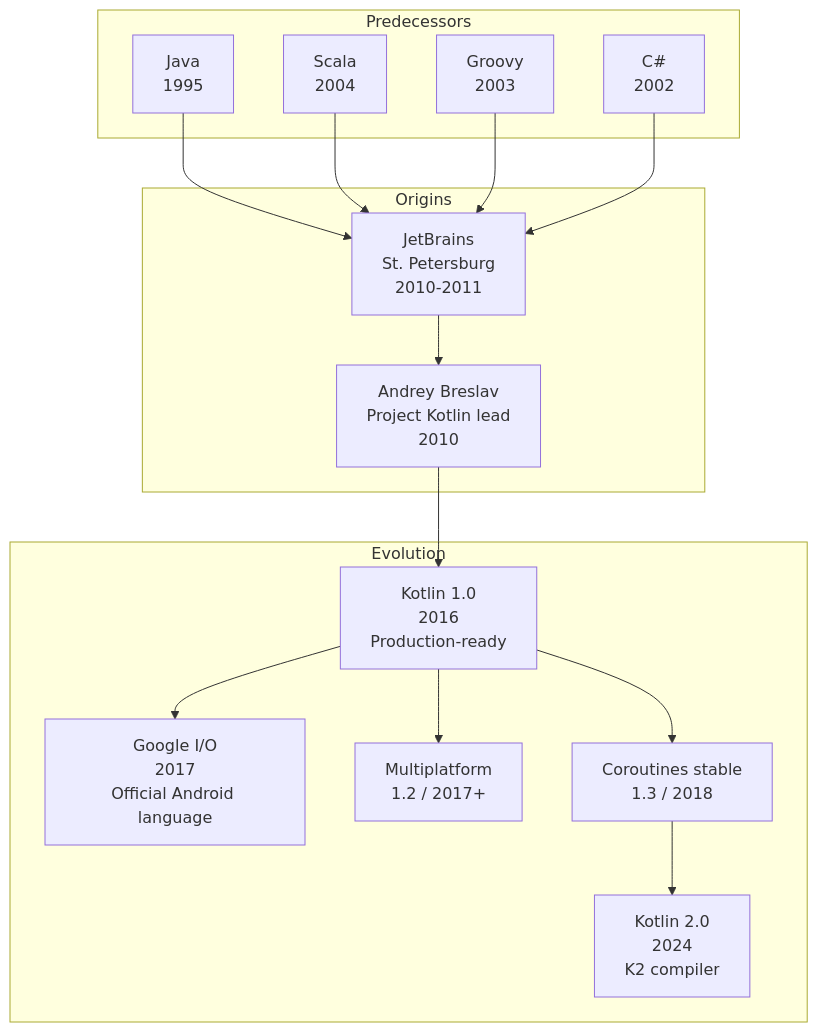
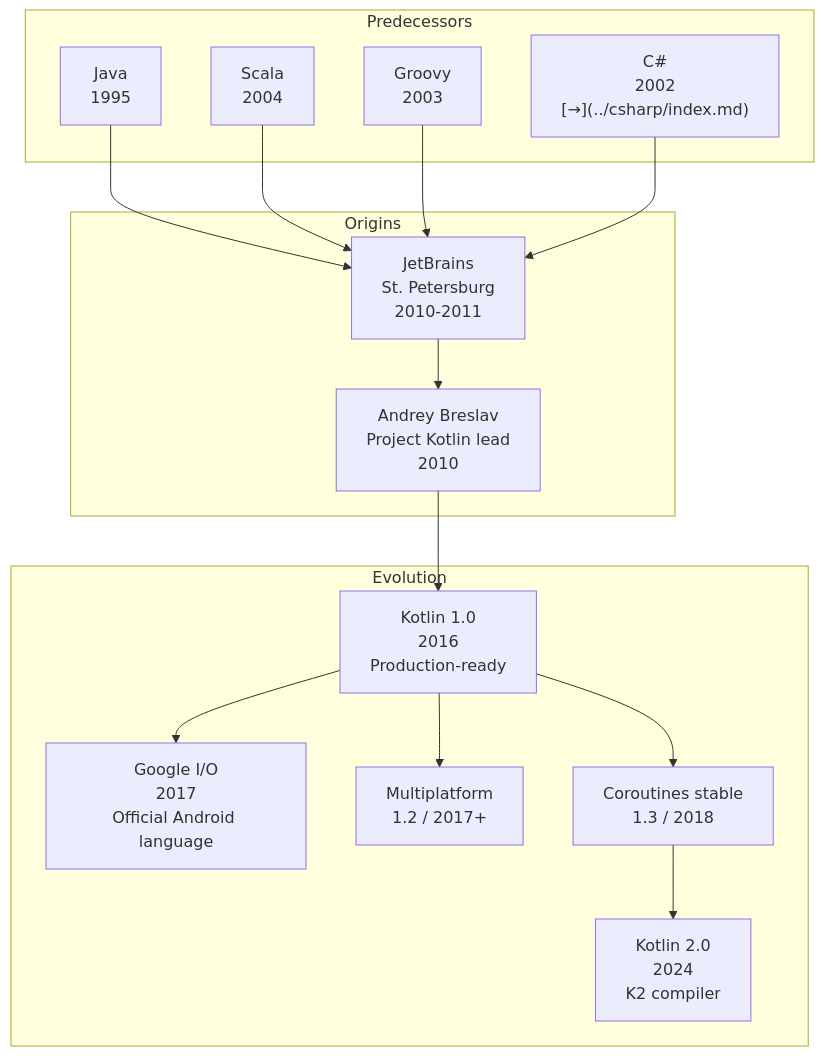
One commit to akardapolov/software-atlas changed the first of 2 diagrams in docs/languages/kotlin/index.md. Above: the diagram before and after it, drawn with Mermaid. The commit also changed other lines of this file and 19 other files, not shown here.

````diff
--- a/docs/languages/kotlin/index.md
+++ b/docs/languages/kotlin/index.md
@@ -68,33 +68,33 @@
 ```mermaid
 flowchart TD
     subgraph Predecessors
         Java["Java<br/>1995"]
         Scala["Scala<br/>2004"]
         Groovy["Groovy<br/>2003"]
-        CSharp["C#<br/>2002"]
+        CSharp["C#<br/>2002<br/>[→](../csharp/index.md)"]
     end
 
     subgraph Origins
         JetBrains["JetBrains<br/>St. Petersburg<br/>2010-2011"]
         Breslav["Andrey Breslav<br/>Project Kotlin lead<br/>2010"]
     end
 
     subgraph Evolution
         K10["Kotlin 1.0<br/>2016<br/>Production-ready"]
         Android["Google I/O<br/>2017<br/>Official Android language"]
         KMP["Multiplatform<br/>1.2 / 2017+"]
         K14["Coroutines stable<br/>1.3 / 2018"]
         K20["Kotlin 2.0<br/>2024<br/>K2 compiler"]
     end
 
     Java --> JetBrains
     Scala --> JetBrains
     Groovy --> JetBrains
     CSharp --> JetBrains
     JetBrains --> Breslav
     Breslav --> K10
     K10 --> Android
     K10 --> KMP
     K10 --> K14
     K14 --> K20
 ```
````
